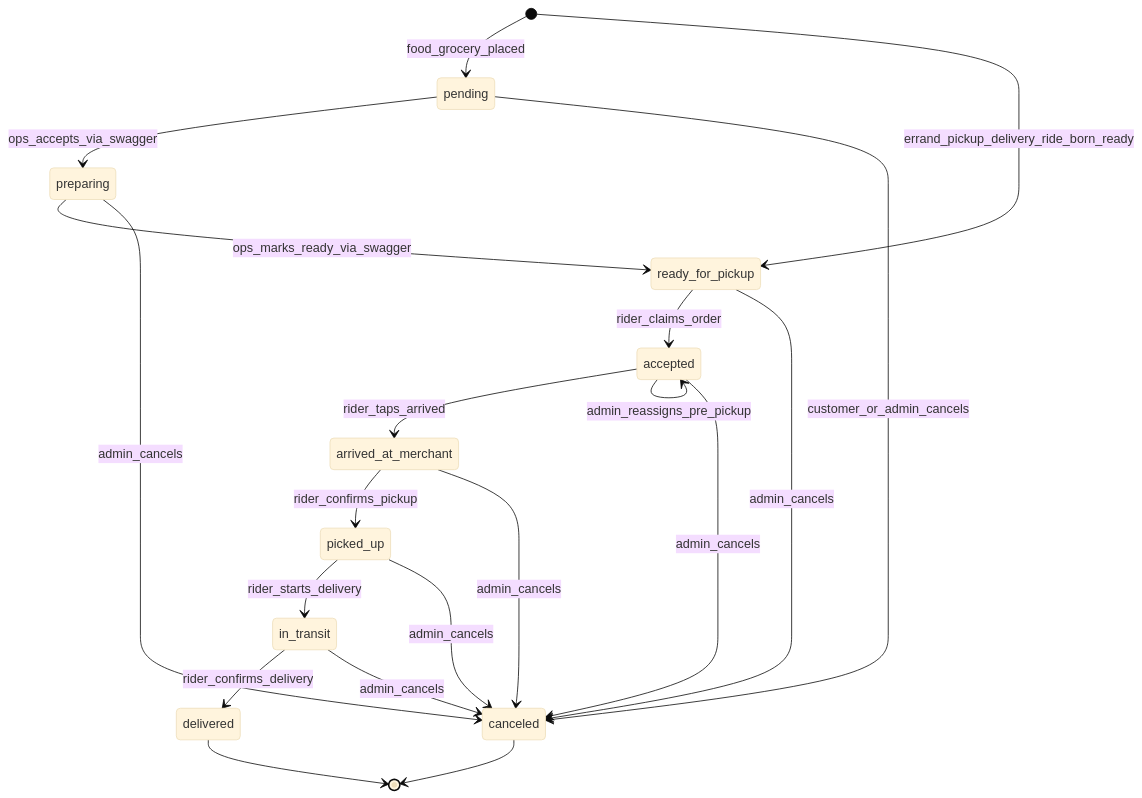
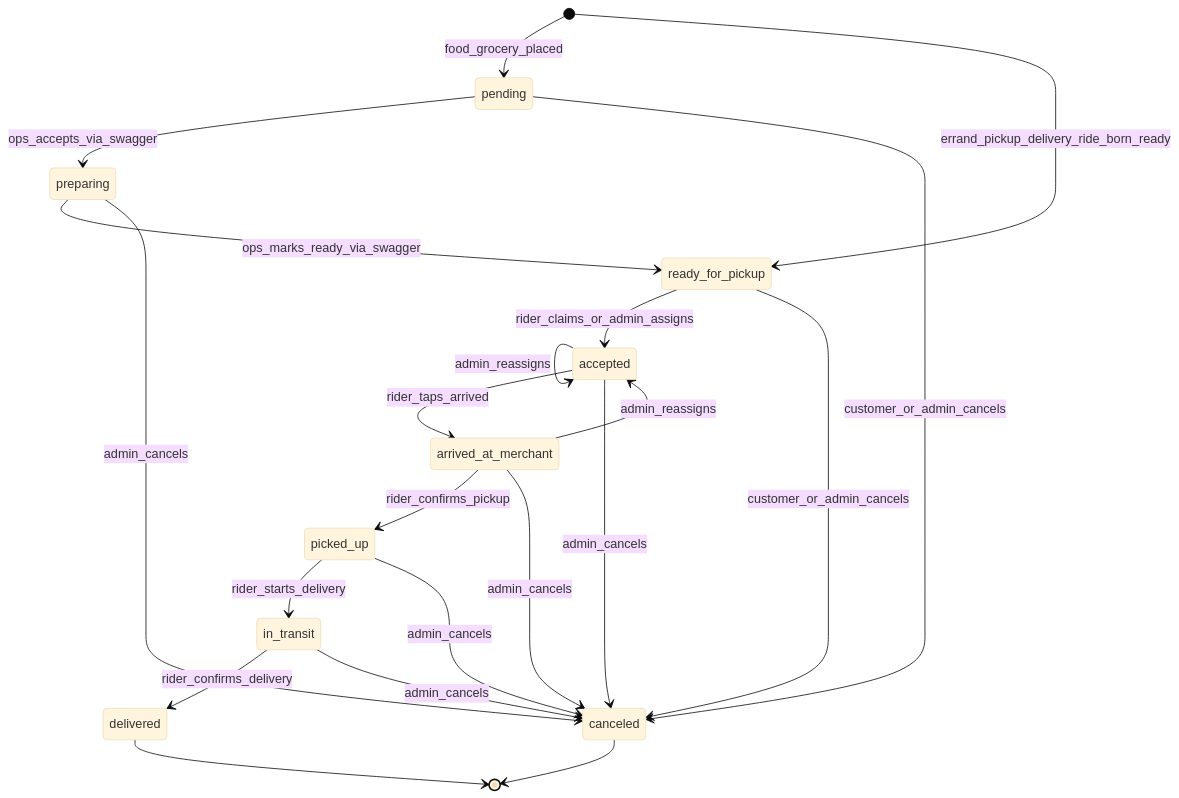
The seventh of 14 diagrams in ARCHITECTURE.md (xzen-projects/cartman-ph-docs), drawn with Mermaid (base theme) before and after one commit. The commit also changed other lines of this file and 2 other files, not shown here.

First line of the commit message:
docs: fix admin-reassign status set, customer-cancel window, RLS admin framing

````diff
--- a/ARCHITECTURE.md
+++ b/ARCHITECTURE.md
@@ -458,28 +458,29 @@
 ```mermaid
 stateDiagram-v2
   [*] --> pending: food_grocery_placed
   [*] --> ready_for_pickup: errand_pickup_delivery_ride_born_ready
 
   pending --> preparing: ops_accepts_via_swagger
   pending --> canceled: customer_or_admin_cancels
 
   preparing --> ready_for_pickup: ops_marks_ready_via_swagger
   preparing --> canceled: admin_cancels
 
-  ready_for_pickup --> accepted: rider_claims_order
-  ready_for_pickup --> canceled: admin_cancels
+  ready_for_pickup --> accepted: rider_claims_or_admin_assigns
+  ready_for_pickup --> canceled: customer_or_admin_cancels
 
   accepted --> arrived_at_merchant: rider_taps_arrived
-  accepted --> accepted: admin_reassigns_pre_pickup
+  accepted --> accepted: admin_reassigns
   accepted --> canceled: admin_cancels
 
   arrived_at_merchant --> picked_up: rider_confirms_pickup
+  arrived_at_merchant --> accepted: admin_reassigns
   arrived_at_merchant --> canceled: admin_cancels
   picked_up --> in_transit: rider_starts_delivery
   picked_up --> canceled: admin_cancels
   in_transit --> delivered: rider_confirms_delivery
   in_transit --> canceled: admin_cancels
 
   delivered --> [*]
   canceled --> [*]
 ```
````
